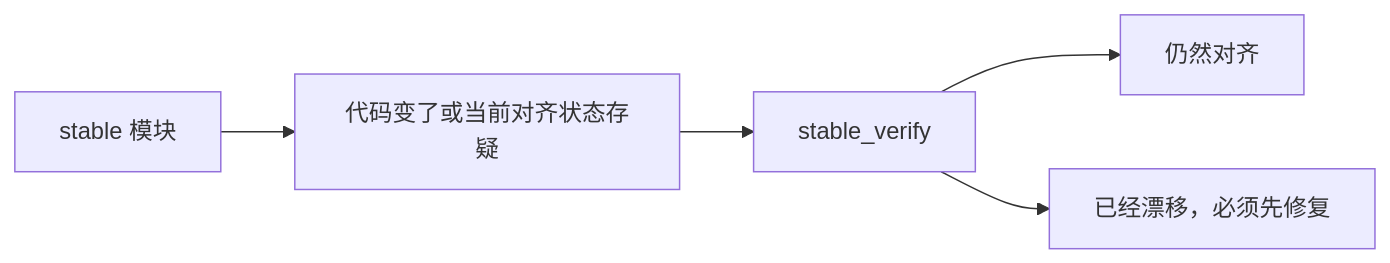
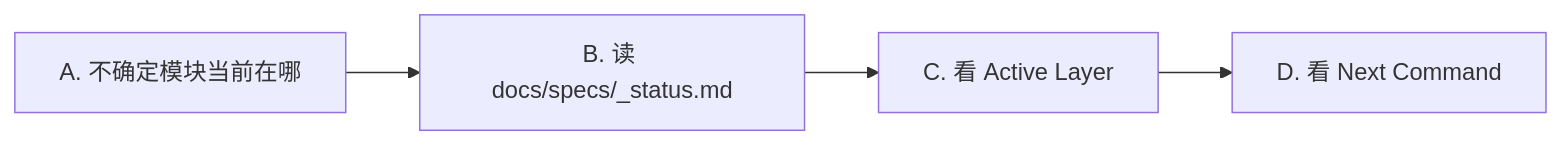
Before and after one commit to mfblog/specflow: the fifth of 7 diagrams in README.zh-CN.md, drawn with Mermaid. The commit also changed other lines of this file and 1 other file, not shown here.

````diff
--- a/README.zh-CN.md
+++ b/README.zh-CN.md
@@ -514,7 +436,6 @@
 ```mermaid
 flowchart LR
-    A["stable 模块"] --> B["代码变了或当前对齐状态存疑"]
-    B --> C["stable_verify"]
-    C --> D["仍然对齐"]
-    C --> E["已经漂移，必须先修复"]
+    A["A. 不确定模块当前在哪"] --> B["B. 读 docs/specs/_status.md"]
+    B --> C["C. 看 Active Layer"]
+    C --> D["D. 看 Next Command"]
 ```
````
